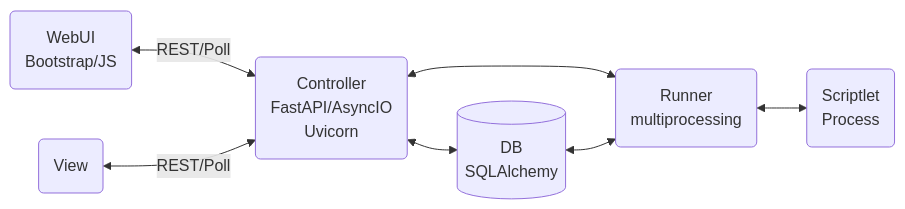
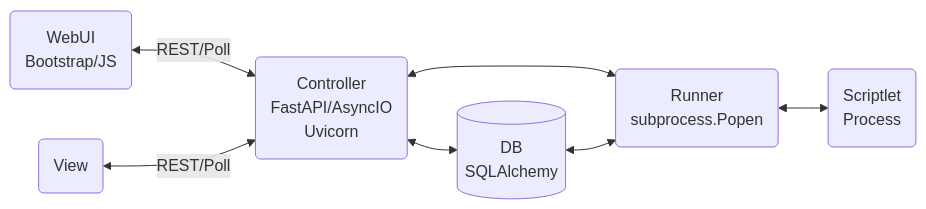
One commit to pyops-project/pyops changed the second of 12 diagrams in .roo/rules/insights_app.md. Above: the diagram before and after it, drawn with Mermaid. The commit also changed other lines of this file and 24 other files, not shown here.

````diff
--- a/.roo/rules/insights_app.md
+++ b/.roo/rules/insights_app.md
@@ -52,16 +52,16 @@
 ```mermaid
 flowchart LR
     A("WebUI<br>Bootstrap/JS")
     B("View")
     C("Controller<br>FastAPI/AsyncIO<br>Uvicorn")
     D[(DB<br>SQLAlchemy)]
-    E("Runner<br>multiprocessing")
+    E("Runner<br>subprocess.Popen")
     F("Scriptlet<br>Process")
 
     A <-->|"REST/Poll"| C
     B <-->|"REST/Poll"| C
     C <--> D
     C <--> E
     D <--> E
     E <--> F
 ```
````
